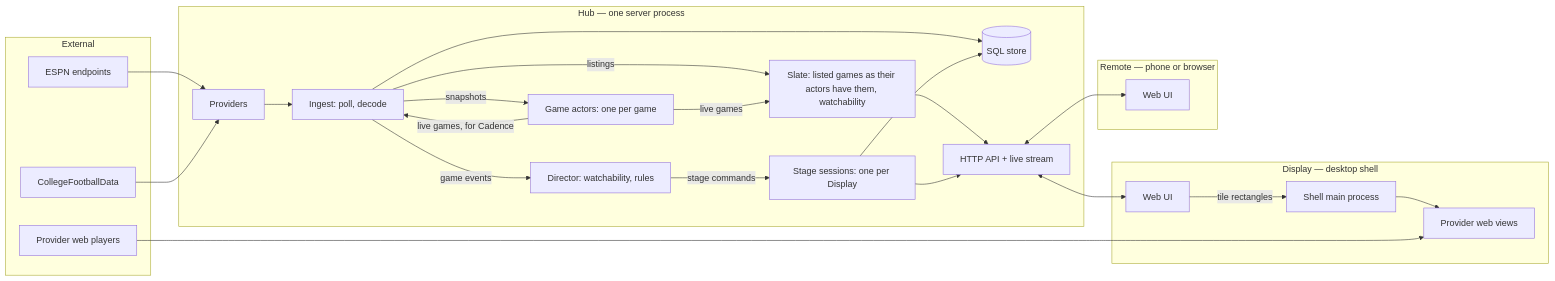
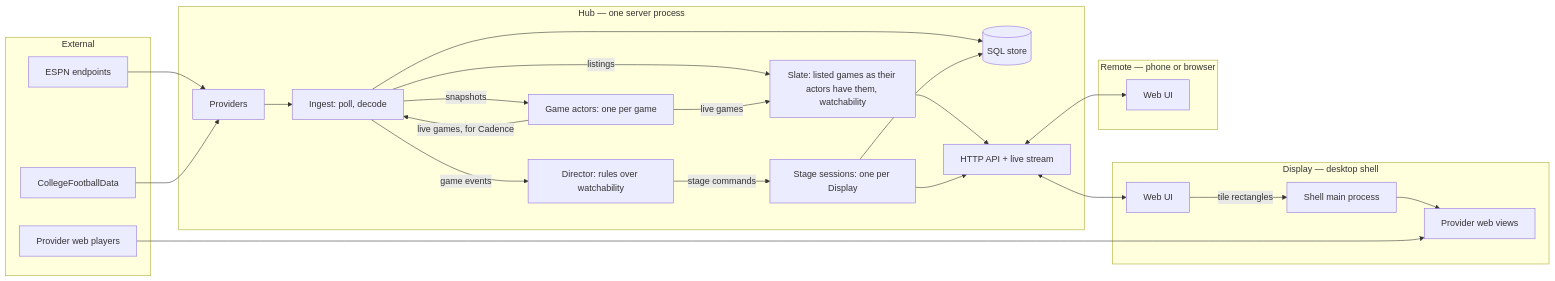
Before and after one commit to Chazzychouse/sportal: the diagram in docs/technical-spec.md, drawn with Mermaid. The commit also changed 5 other files, not shown here.

````diff
--- a/docs/technical-spec.md
+++ b/docs/technical-spec.md
@@ -56,46 +56,46 @@
 ```mermaid
 flowchart LR
   subgraph ext[External]
     espn[ESPN endpoints]
     cfbd[CollegeFootballData]
     yttv[Provider web players]
   end
 
   subgraph hub[Hub — one server process]
     prov[Providers]
     ingest[Ingest: poll, decode]
     slate[Slate: listed games as their actors have them, watchability]
     actors[Game actors: one per game]
-    director[Director: watchability, rules]
+    director[Director: rules over watchability]
     stages[Stage sessions: one per Display]
     store[(SQL store)]
     api[HTTP API + live stream]
   end
 
   subgraph display[Display — desktop shell]
     ui1[Web UI]
     main[Shell main process]
     views[Provider web views]
   end
 
   subgraph remote[Remote — phone or browser]
     ui2[Web UI]
   end
 
   espn --> prov
   cfbd --> prov
   prov --> ingest --> store
   ingest -- snapshots --> actors
   actors -- live games, for Cadence --> ingest
   ingest -- listings --> slate
   actors -- live games --> slate
   ingest -- game events --> director
   director -- stage commands --> stages
   stages --> store
   api <--> ui1
   api <--> ui2
   slate --> api
   stages --> api
   ui1 -- tile rectangles --> main --> views
   yttv --> views
 ```
````
